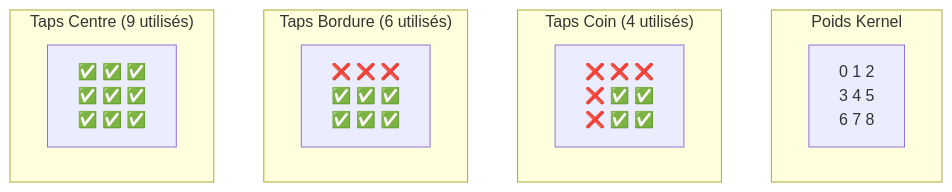
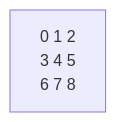
Before and after one commit to jalcim/logilib: the seventh of 10 diagrams in src/tensor/README_FR.md, drawn with Mermaid. The commit also changed other lines of this file and 1 other file, not shown here.

````diff
--- a/src/tensor/README_FR.md
+++ b/src/tensor/README_FR.md
@@ -133,18 +122,4 @@
 ```mermaid
 graph TD
-    subgraph "Poids Kernel"
-        K[0 1 2<br/>3 4 5<br/>6 7 8]
-    end
-
-    subgraph "Taps Coin (4 utilisés)"
-        C[❌ ❌ ❌<br/>❌ ✅ ✅<br/>❌ ✅ ✅]
-    end
-
-    subgraph "Taps Bordure (6 utilisés)"
-        B[❌ ❌ ❌<br/>✅ ✅ ✅<br/>✅ ✅ ✅]
-    end
-
-    subgraph "Taps Centre (9 utilisés)"
-        A[✅ ✅ ✅<br/>✅ ✅ ✅<br/>✅ ✅ ✅]
-    end
+    K[0 1 2<br/>3 4 5<br/>6 7 8]
 ```
````
